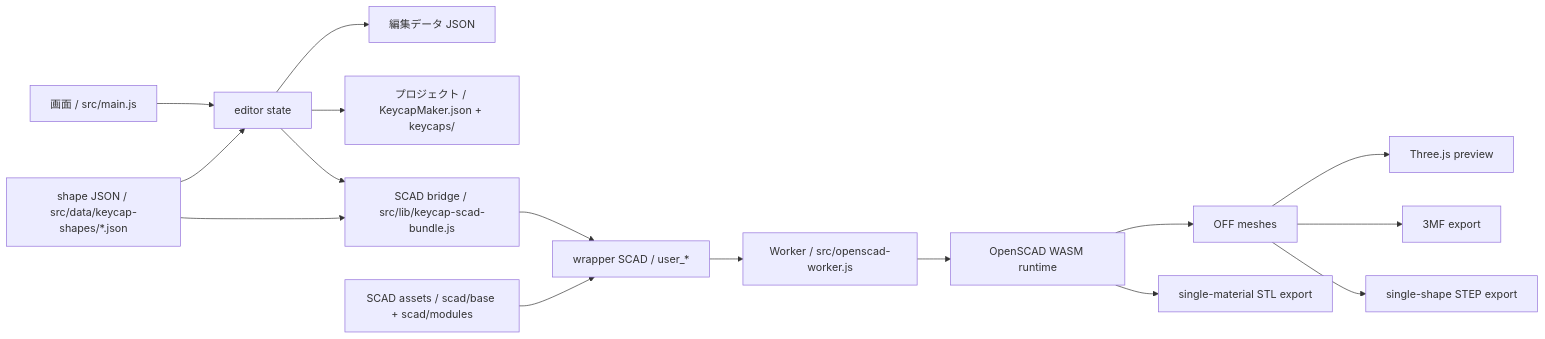
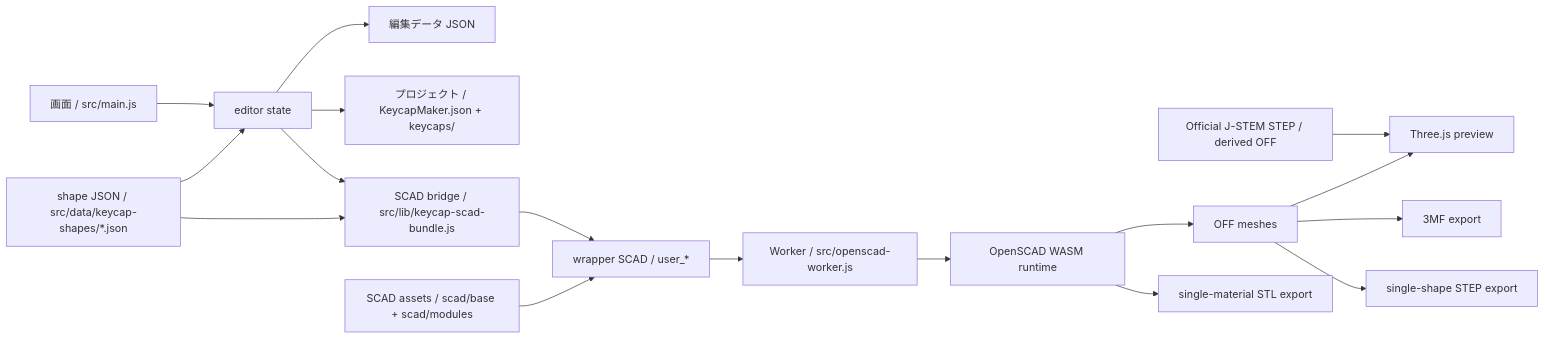
One commit to Masashi-desu/KeycapMaker changed the diagram in docs/architecture/overview.md. Above: the diagram before and after it, drawn with Mermaid. The commit also changed other lines of this file and 25 other files, not shown here.

Commit message:
Add official J-STEM-LP01 reference asset

````diff
--- a/docs/architecture/overview.md
+++ b/docs/architecture/overview.md
@@ -87,18 +90,19 @@
 ```mermaid
 flowchart LR
   screen["画面 / src/main.js"] --> state["editor state"]
   shapeJson["shape JSON / src/data/keycap-shapes/*.json"] --> state
   state --> editorJson["編集データ JSON"]
   state --> projectJson["プロジェクト / KeycapMaker.json + keycaps/"]
   state --> bridge["SCAD bridge / src/lib/keycap-scad-bundle.js"]
   shapeJson --> bridge
   bridge --> wrapper["wrapper SCAD / user_*"]
   scadAssets["SCAD assets / scad/base + scad/modules"] --> wrapper
   wrapper --> worker["Worker / src/openscad-worker.js"]
   worker --> wasm["OpenSCAD WASM runtime"]
   wasm --> off["OFF meshes"]
+  officialStep["Official J-STEM STEP / derived OFF"] --> preview
   off --> preview["Three.js preview"]
   off --> export3mf["3MF export"]
   off --> exportStep["single-shape STEP export"]
   wasm --> exportStl["single-material STL export"]
 ```
````
